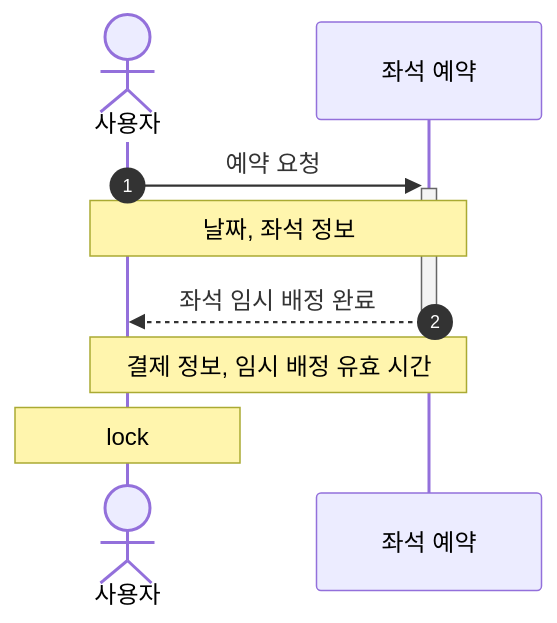
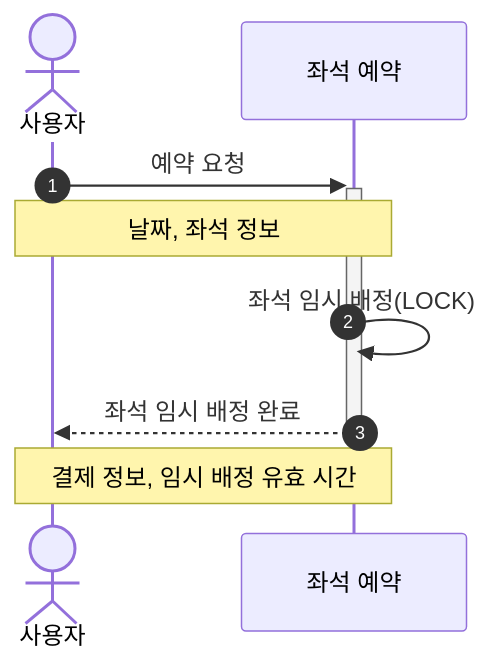
Before and after one commit to kdelay/Concert-Booking: the fifth of 6 diagrams in sequence_diagram.md, drawn with Mermaid. The commit also changed other lines of this file and 1 other file, not shown here.

Commit message:
docs: sequence diagram 좌석 예약 API (LOCK  수정)

````diff
--- a/sequence_diagram.md
+++ b/sequence_diagram.md
@@ -45,10 +44,10 @@
 ```mermaid
 sequenceDiagram
     autonumber
     actor 사용자
     사용자 ->>+ 좌석 예약: 예약 요청
     Note over 사용자, 좌석 예약: 날짜, 좌석 정보
+    좌석 예약 ->> 좌석 예약: 좌석 임시 배정(LOCK)
     좌석 예약 -->>- 사용자: 좌석 임시 배정 완료
     Note over 사용자, 좌석 예약: 결제 정보, 임시 배정 유효 시간
-    Note over 사용자: lock
 ```
````
